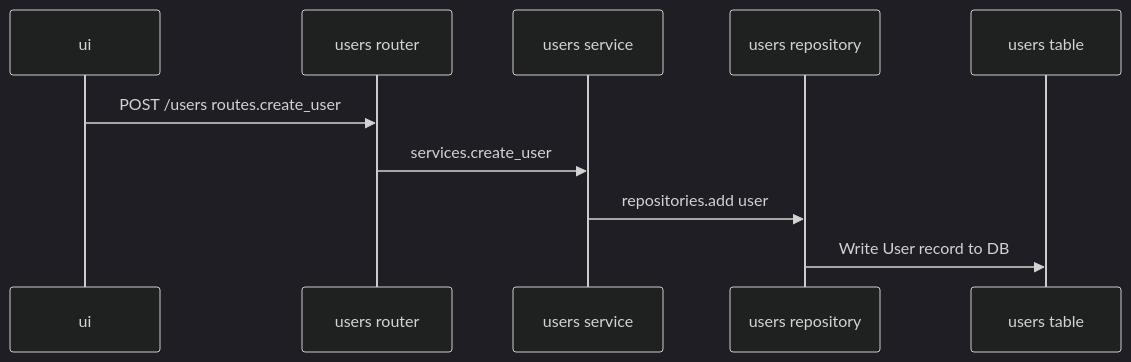
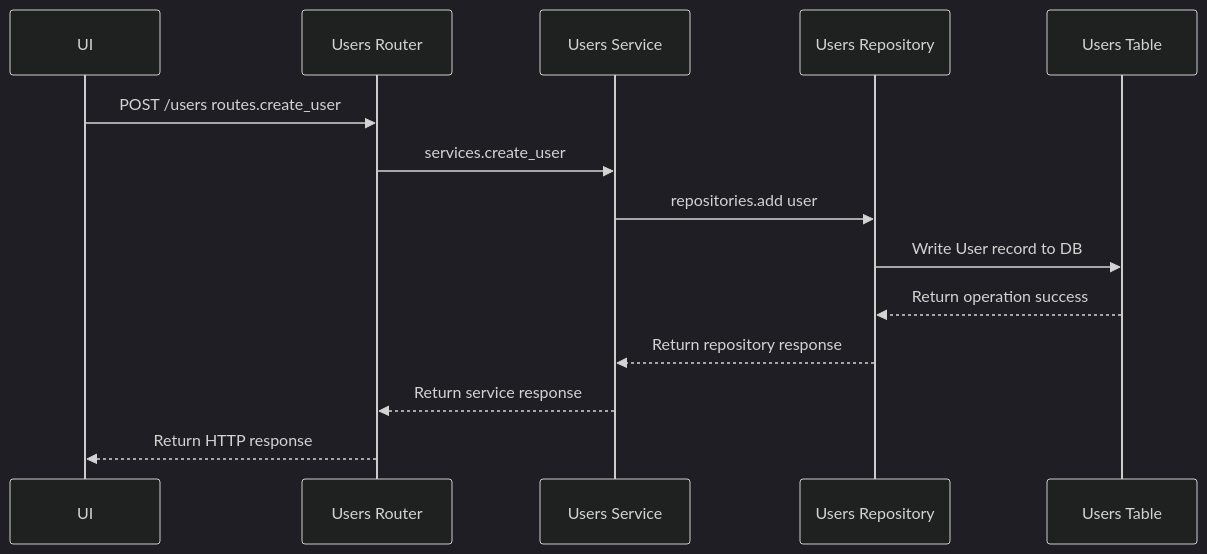
Before and after one commit to brianroytman/chalkboard-demo-users: the diagram in README.md, drawn with Mermaid (dark theme).

Commit message:
Improved sequence diagram in README.

````diff
--- a/README.md
+++ b/README.md
@@ -53,12 +53,17 @@
 ```mermaid
 sequenceDiagram
-participant ui as ui
-participant ur as users router
-participant us as users service
-participant urp as users repository
-participant ud as users table
+participant ui as UI
+participant ur as Users Router
+participant us as Users Service
+participant urp as Users Repository
+participant ud as Users Table
+
 ui ->> ur: POST /users routes.create_user
 ur ->> us: services.create_user
 us ->> urp: repositories.add user
 urp ->> ud: Write User record to DB
+ud -->> urp: Return operation success
+urp -->> us: Return repository response
+us -->> ur: Return service response
+ur -->> ui: Return HTTP response
 ```
````
